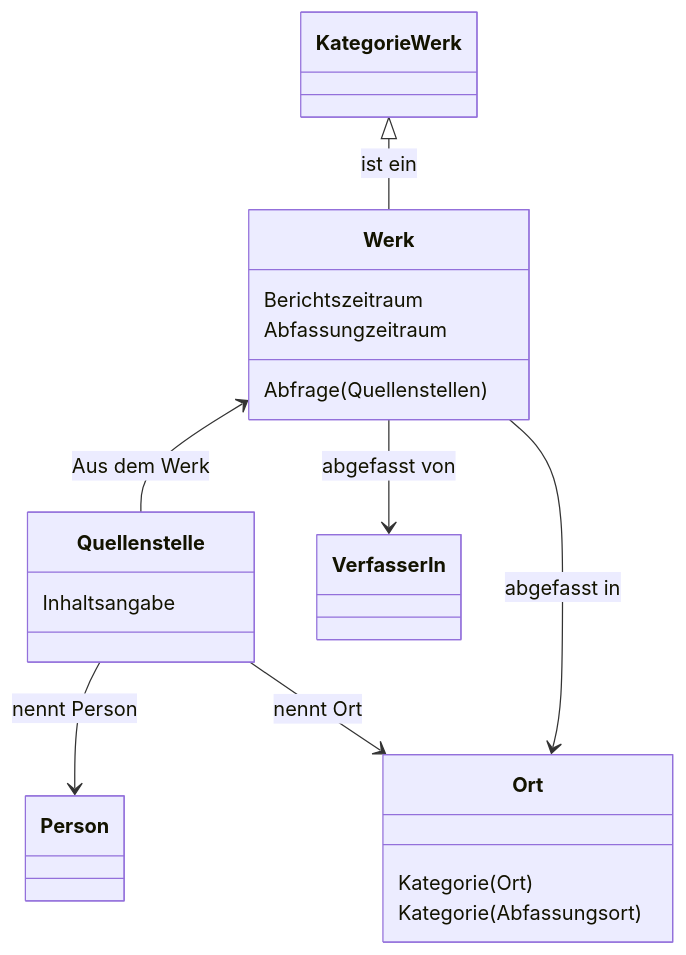
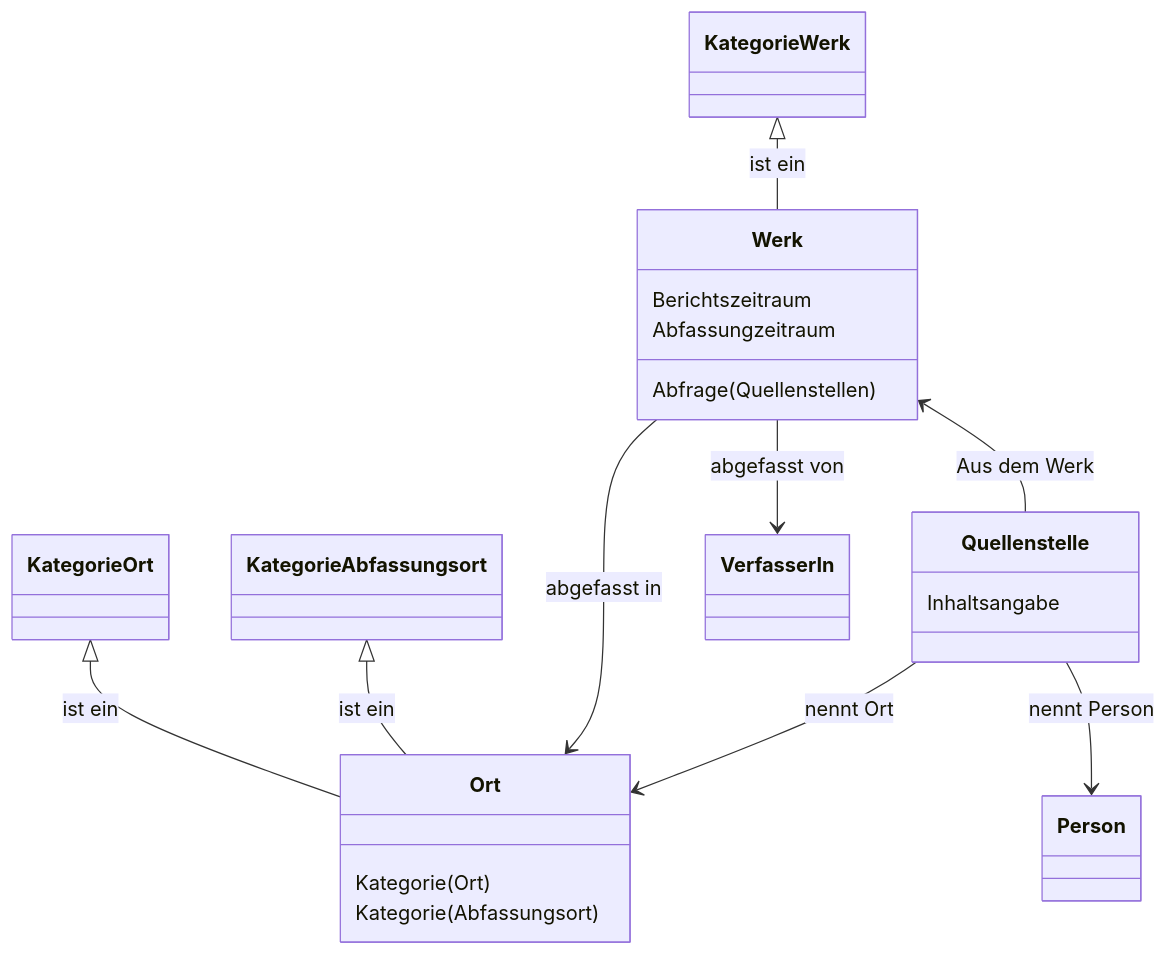
One commit to cceh/sarazenen-wiki changed the diagram in datenmodell/Readme.MD. Above: the diagram before and after it, drawn with Mermaid.

````diff
--- a/datenmodell/Readme.MD
+++ b/datenmodell/Readme.MD
@@ -1,31 +1,37 @@
 ```mermaid
 
 classDiagram
 
     class KategorieWerk
     KategorieWerk <|-- Werk : ist ein 
+    
+    class KategorieOrt
+    KategorieOrt <|-- Ort : ist ein 
+    
+    class KategorieAbfassungsort
+    KategorieAbfassungsort <|-- Ort : ist ein 
 
     class Werk
     Werk: Berichtszeitraum 
     Werk: Abfassungzeitraum
     Werk <-- Quellenstelle : Aus dem Werk
     Werk --> VerfasserIn : abgefasst von
     Werk --> Ort : abgefasst in
     Werk: Abfrage(Quellenstellen)
     
     class VerfasserIn
 
     class Quellenstelle
     Quellenstelle: Inhaltsangabe
     Quellenstelle --> Person : nennt Person
     Quellenstelle --> Ort : nennt Ort  
 
     class Person
 
     class Ort
     Ort: Kategorie(Ort)
     Ort: Kategorie(Abfassungsort)
     
 end
 
 ```
````
